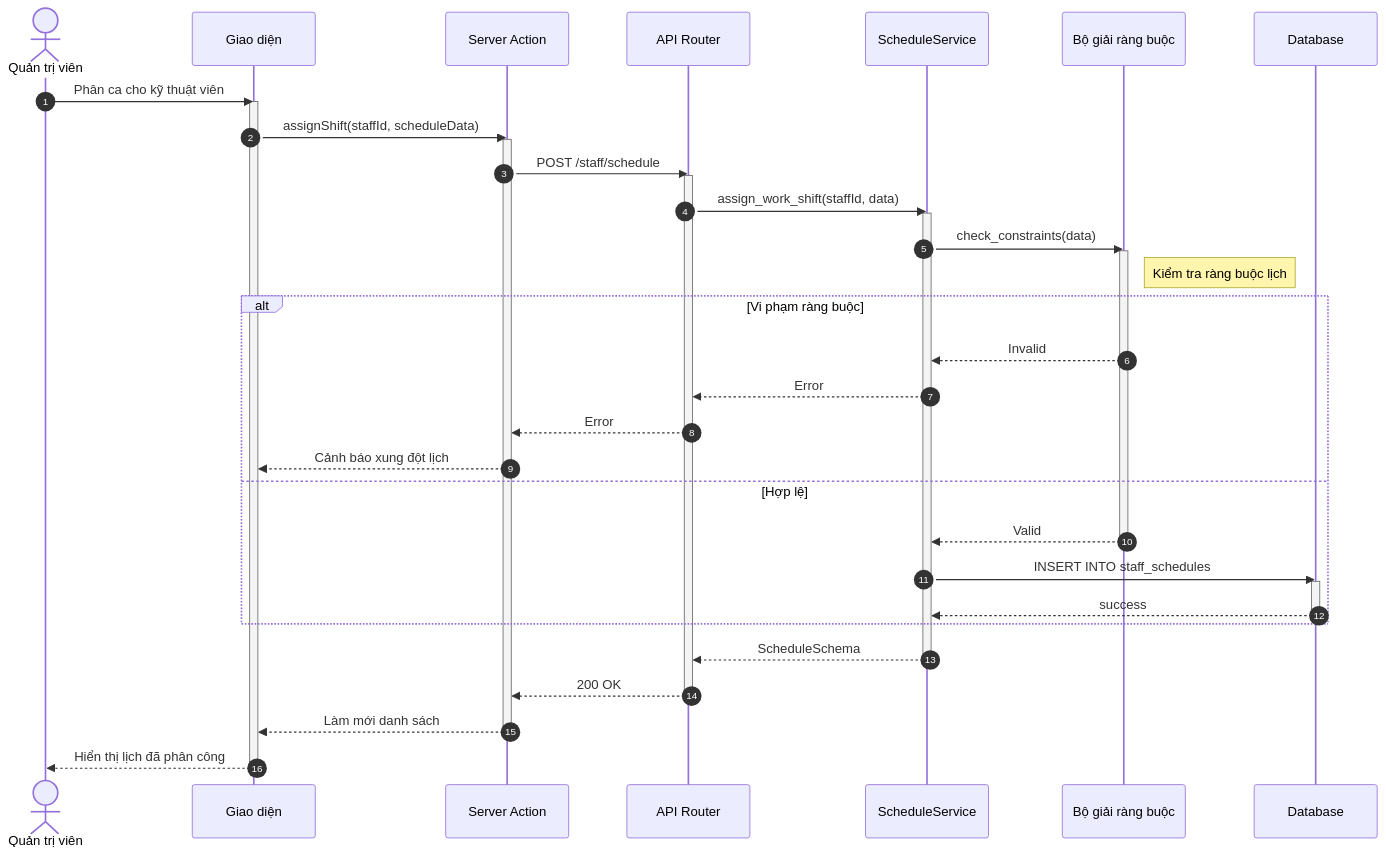
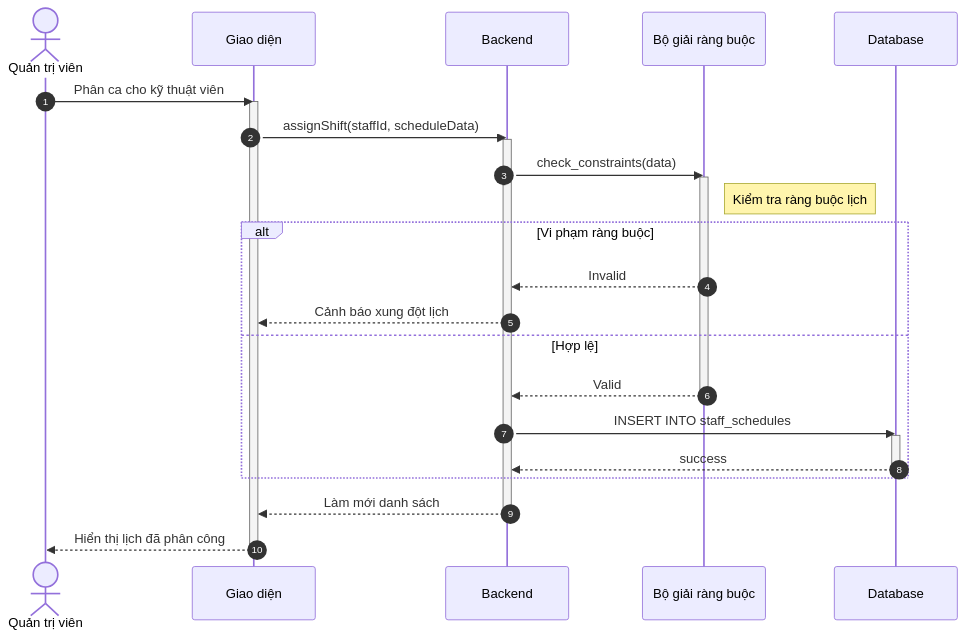
Before and after one commit to ngoctinn/Synapse: the fifth of 12 diagrams in docs/design/sequences/admin_flows.md, drawn with Mermaid. The commit also changed other lines of this file and 7 other files, not shown here.

Commit message:
docs: Add initial design documentation for authentication, user flows, and algorithm specification.

````diff
--- a/docs/design/sequences/admin_flows.md
+++ b/docs/design/sequences/admin_flows.md
@@ -202,52 +146,36 @@
 ```mermaid
 sequenceDiagram
     autonumber
     actor QTV as Quản trị viên
     participant UI as Giao diện
-    participant BFF as Server Action
-    participant API as API Router
-    participant S as ScheduleService
+    participant BE as Backend
     participant SOLVER as Bộ giải ràng buộc
     participant DB as Database
 
     QTV->>UI: Phân ca cho kỹ thuật viên
     activate UI
-    UI->>BFF: assignShift(staffId, scheduleData)
-    activate BFF
+    UI->>BE: assignShift(staffId, scheduleData)
+    activate BE
 
-    BFF->>API: POST /staff/schedule
-    activate API
-
-    API->>S: assign_work_shift(staffId, data)
-    activate S
-
-    S->>SOLVER: check_constraints(data)
+    BE->>SOLVER: check_constraints(data)
     activate SOLVER
     note right of SOLVER: Kiểm tra ràng buộc lịch
 
     alt Vi phạm ràng buộc
-        SOLVER-->>S: Invalid
-        S-->>API: Error
-        API-->>BFF: Error
-        BFF-->>UI: Cảnh báo xung đột lịch
+        SOLVER-->>BE: Invalid
+        BE-->>UI: Cảnh báo xung đột lịch
     else Hợp lệ
-        SOLVER-->>S: Valid
+        SOLVER-->>BE: Valid
         deactivate SOLVER
-        S->>DB: INSERT INTO staff_schedules
+        BE->>DB: INSERT INTO staff_schedules
         activate DB
-        DB-->>S: success
+        DB-->>BE: success
         deactivate DB
     end
 
-    S-->>API: ScheduleSchema
-    deactivate S
-
-    API-->>BFF: 200 OK
-    deactivate API
-
-    BFF-->>UI: Làm mới danh sách
-    deactivate BFF
+    BE-->>UI: Làm mới danh sách
+    deactivate BE
 
     UI-->>QTV: Hiển thị lịch đã phân công
     deactivate UI
 ```
````
